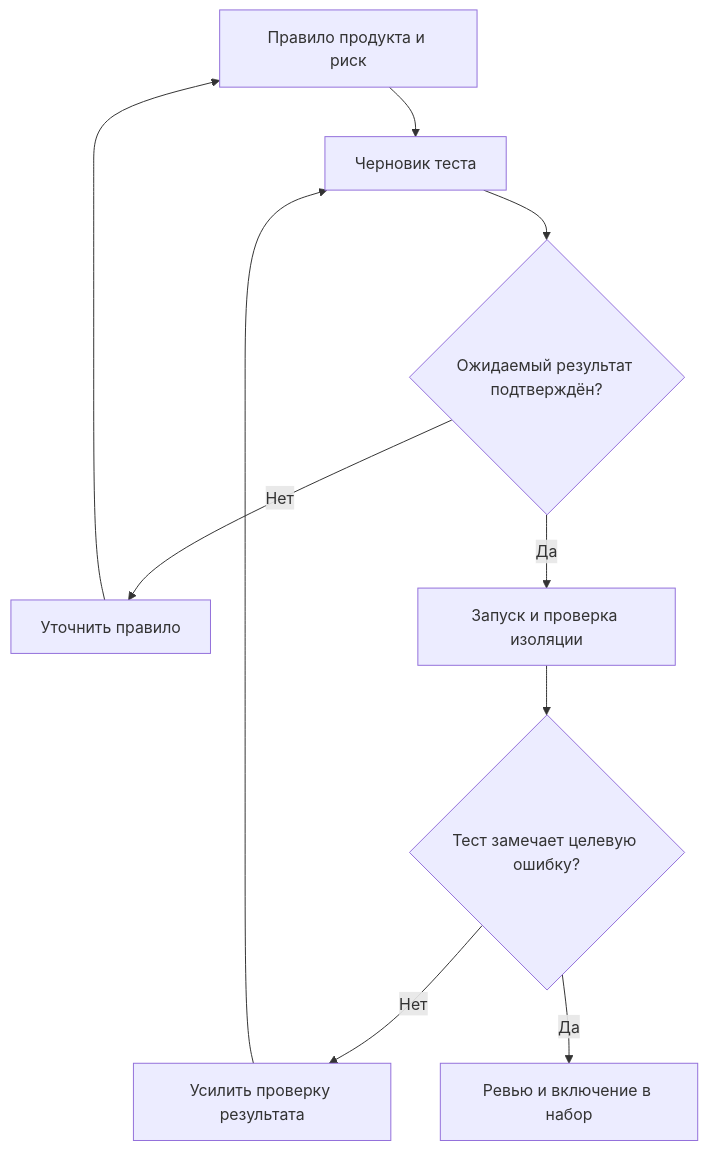
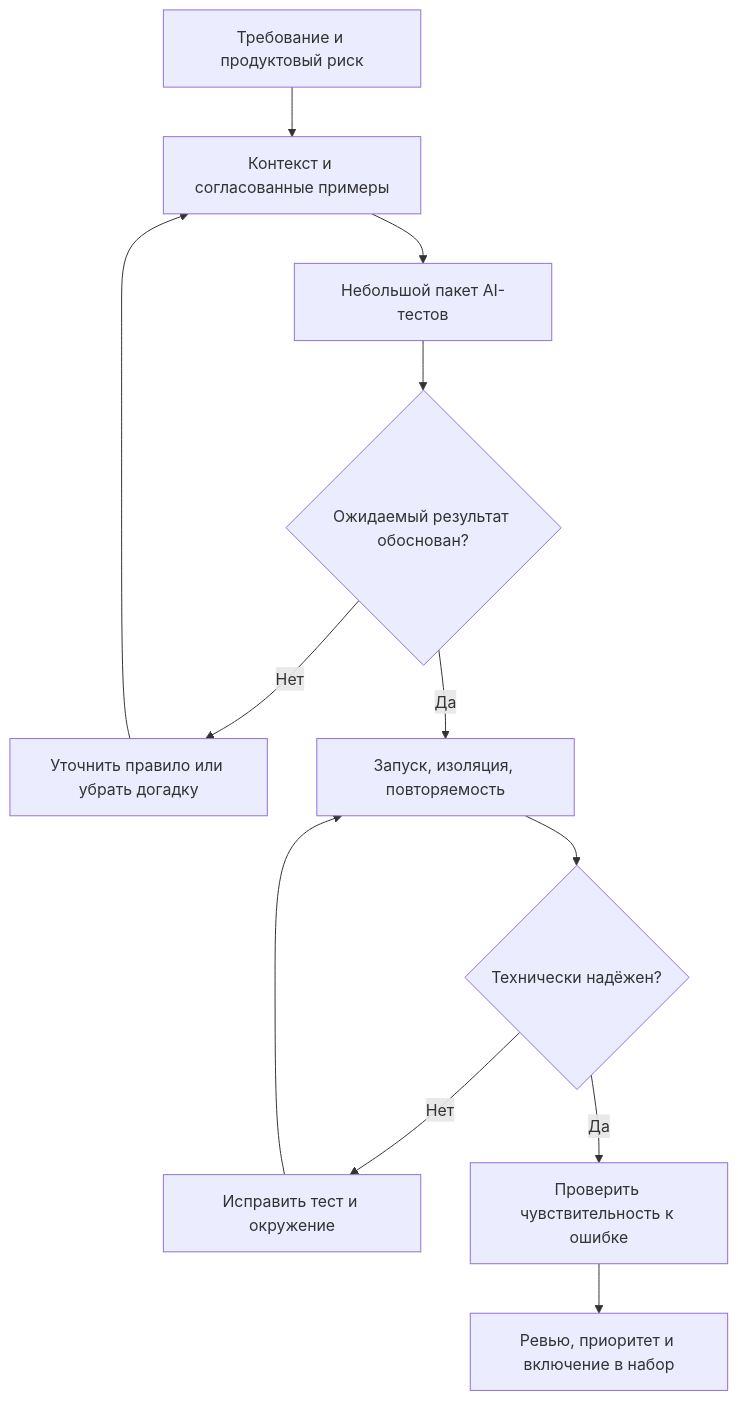
One commit to ImMrSage/QA-AI-Lab changed the diagram in locales/ru/ai/ai-for-testing/ai-generated-tests-quality-gates.md. Above: the diagram before and after it, drawn with Mermaid. The commit also changed other lines of this file and 2 other files, not shown here.

````diff
--- a/locales/ru/ai/ai-for-testing/ai-generated-tests-quality-gates.md
+++ b/locales/ru/ai/ai-for-testing/ai-generated-tests-quality-gates.md
@@ -20,12 +20,14 @@
 ```mermaid
 flowchart TD
- A[Правило продукта и риск] --> B[Черновик теста]
- B --> C{Ожидаемый результат подтверждён?}
- C -->|Нет| D[Уточнить правило]
- D --> A
- C -->|Да| E[Запуск и проверка изоляции]
- E --> F{Тест замечает целевую ошибку?}
- F -->|Нет| G[Усилить проверку результата]
- G --> B
- F -->|Да| H[Ревью и включение в набор]
+ A[Требование и продуктовый риск] --> B[Контекст и согласованные примеры]
+ B --> C[Небольшой пакет AI-тестов]
+ C --> D{Ожидаемый результат обоснован?}
+ D -->|Нет| E[Уточнить правило или убрать догадку]
+ E --> B
+ D -->|Да| F[Запуск, изоляция, повторяемость]
+ F --> G{Технически надёжен?}
+ G -->|Нет| H[Исправить тест и окружение]
+ H --> F
+ G -->|Да| I[Проверить чувствительность к ошибке]
+ I --> J[Ревью, приоритет и включение в набор]
 ```
````
